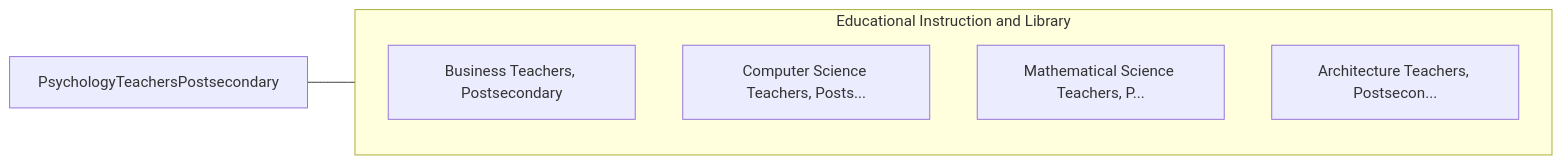
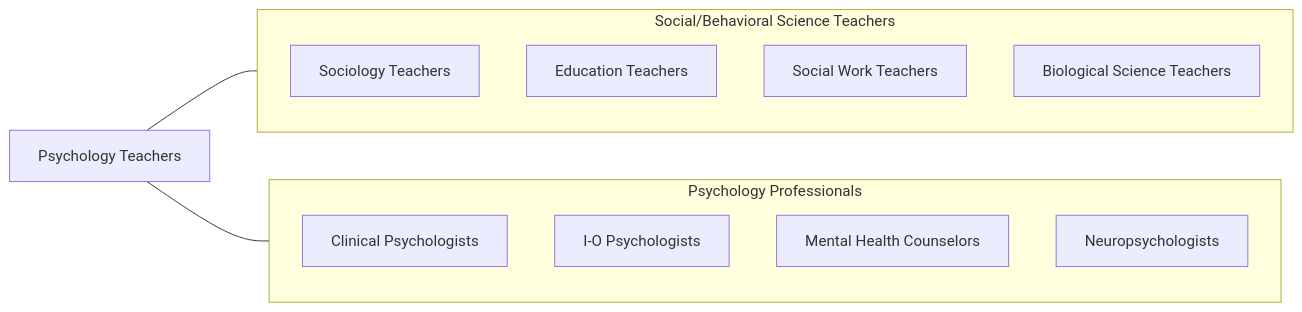
One commit to kziemski/business.org.ai changed the fourth of 4 diagrams in occupations/Education/PsychologyTeachersPostsecondary.mdx. Above: the diagram before and after it, drawn with Mermaid. The commit also changed other lines of this file and 938 other files, not shown here.

````diff
--- a/occupations/Education/PsychologyTeachersPostsecondary.mdx
+++ b/occupations/Education/PsychologyTeachersPostsecondary.mdx
@@ -97,13 +170,21 @@
 ```mermaid
 graph LR
-    Current["PsychologyTeachersPostsecondary"]
+    Current["Psychology Teachers"]
 
-    subgraph SameCategory["Educational Instruction and Library"]
-        BusinessTeachersPost["Business Teachers, Postsecondary"]
-        ComputerScienceTeach["Computer Science Teachers, Posts..."]
-        MathematicalScienceT["Mathematical Science Teachers, P..."]
-        ArchitectureTeachers["Architecture Teachers, Postsecon..."]
+    subgraph SameCategory["Social/Behavioral Science Teachers"]
+        Sociology["Sociology Teachers"]
+        Education["Education Teachers"]
+        SocialWork["Social Work Teachers"]
+        Neuroscience["Biological Science Teachers"]
+    end
+
+    subgraph CrossFunctional["Psychology Professionals"]
+        ClinPsych["Clinical Psychologists"]
+        IOPsych["I-O Psychologists"]
+        Counselors["Mental Health Counselors"]
+        Neuropsych["Neuropsychologists"]
     end
 
     Current --- SameCategory
+    Current --- CrossFunctional
 ```
````
